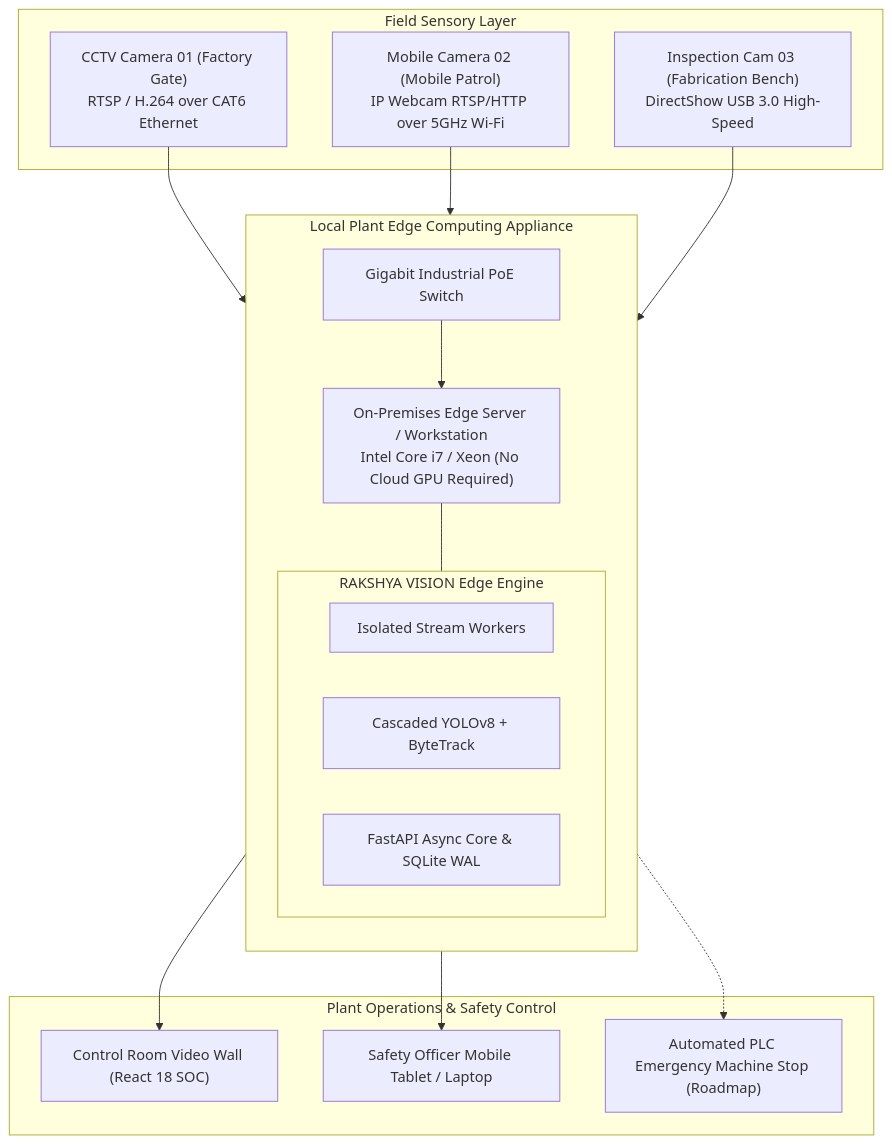
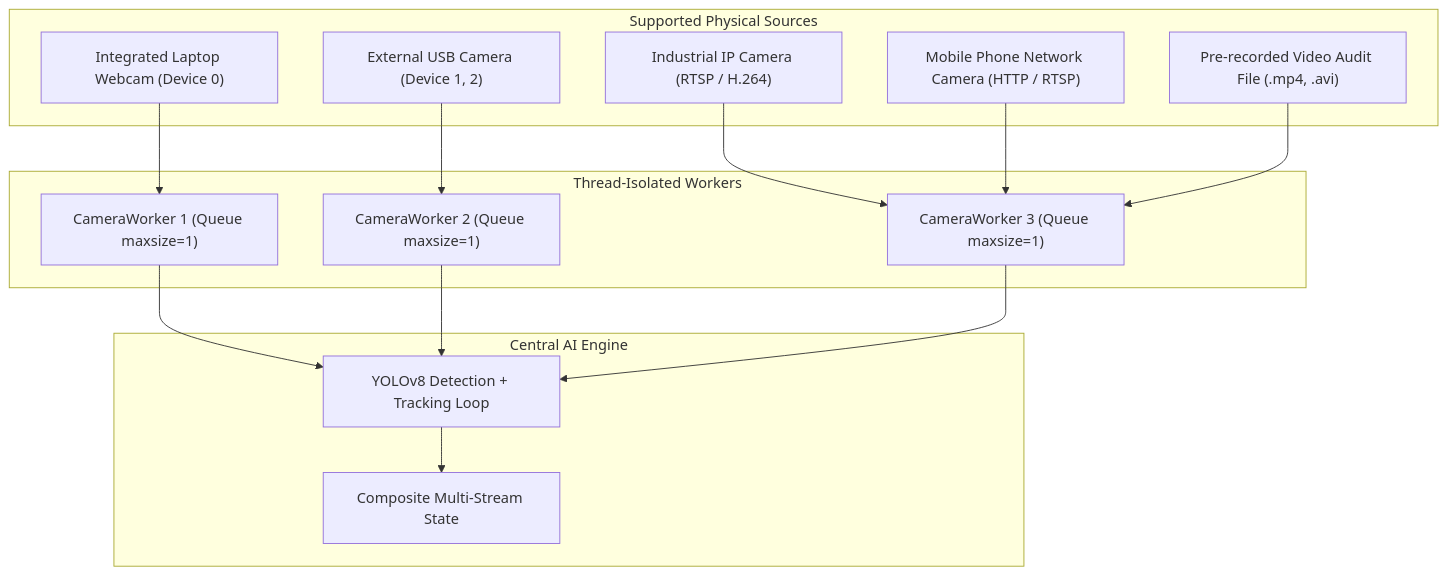
Before and after one commit to SMRU08/SafeSync: the third of 3 diagrams in BPUT-HACKATHON-2026/README2.md, drawn with Mermaid. The commit also changed other lines of this file, not shown here.

````diff
--- a/BPUT-HACKATHON-2026/README2.md
+++ b/BPUT-HACKATHON-2026/README2.md
@@ -311,36 +347,29 @@
 ```mermaid
 flowchart TD
-    subgraph SENSORS["Field Sensory Layer"]
-        C1["CCTV Camera 01 (Factory Gate)<br/>RTSP / H.264 over CAT6 Ethernet"]
-        C2["Mobile Camera 02 (Mobile Patrol)<br/>IP Webcam RTSP/HTTP over 5GHz Wi-Fi"]
-        C3["Inspection Cam 03 (Fabrication Bench)<br/>DirectShow USB 3.0 High-Speed"]
+    subgraph INPUTS["Supported Physical Sources"]
+        S1["Integrated Laptop Webcam (Device 0)"]
+        S2["External USB Camera (Device 1, 2)"]
+        S3["Industrial IP Camera (RTSP / H.264)"]
+        S4["Mobile Phone Network Camera (HTTP / RTSP)"]
+        S5["Pre-recorded Video Audit File (.mp4, .avi)"]
     end
 
-    subgraph EDGE_HOST["Local Plant Edge Computing Appliance"]
-        direction TB
-        SW["Gigabit Industrial PoE Switch"]
-        HOST["On-Premises Edge Server / Workstation<br/>Intel Core i7 / Xeon (No Cloud GPU Required)"]
-        
-        subgraph ENGINE_CORE["RAKSHYA VISION Edge Engine"]
-            P1["Isolated Stream Workers"]
-            P2["Cascaded YOLOv8 + ByteTrack"]
-            P3["FastAPI Async Core & SQLite WAL"]
-        end
-
-        SW --> HOST
-        HOST --- ENGINE_CORE
+    subgraph WORKERS["Thread-Isolated Workers"]
+        W1["CameraWorker 1 (Queue maxsize=1)"]
+        W2["CameraWorker 2 (Queue maxsize=1)"]
+        W3["CameraWorker 3 (Queue maxsize=1)"]
     end
 
-    subgraph CONSUMERS["Plant Operations & Safety Control"]
-        D1["Control Room Video Wall (React 18 SOC)"]
-        D2["Safety Officer Mobile Tablet / Laptop"]
-        D3["Automated PLC Emergency Machine Stop (Roadmap)"]
+    subgraph CORE["Central AI Engine"]
+        INFER["YOLOv8 Detection + Tracking Loop"]
+        SYNC["Composite Multi-Stream State"]
     end
 
-    C1 --> SW
-    C2 --> SW
-    C3 --> HOST
-    ENGINE_CORE --> D1
-    ENGINE_CORE --> D2
-    ENGINE_CORE -.-> D3
+    S1 --> W1
+    S2 --> W2
+    S3 & S4 & S5 --> W3
+    W1 --> INFER
+    W2 --> INFER
+    W3 --> INFER
+    INFER --> SYNC
 ```
````
